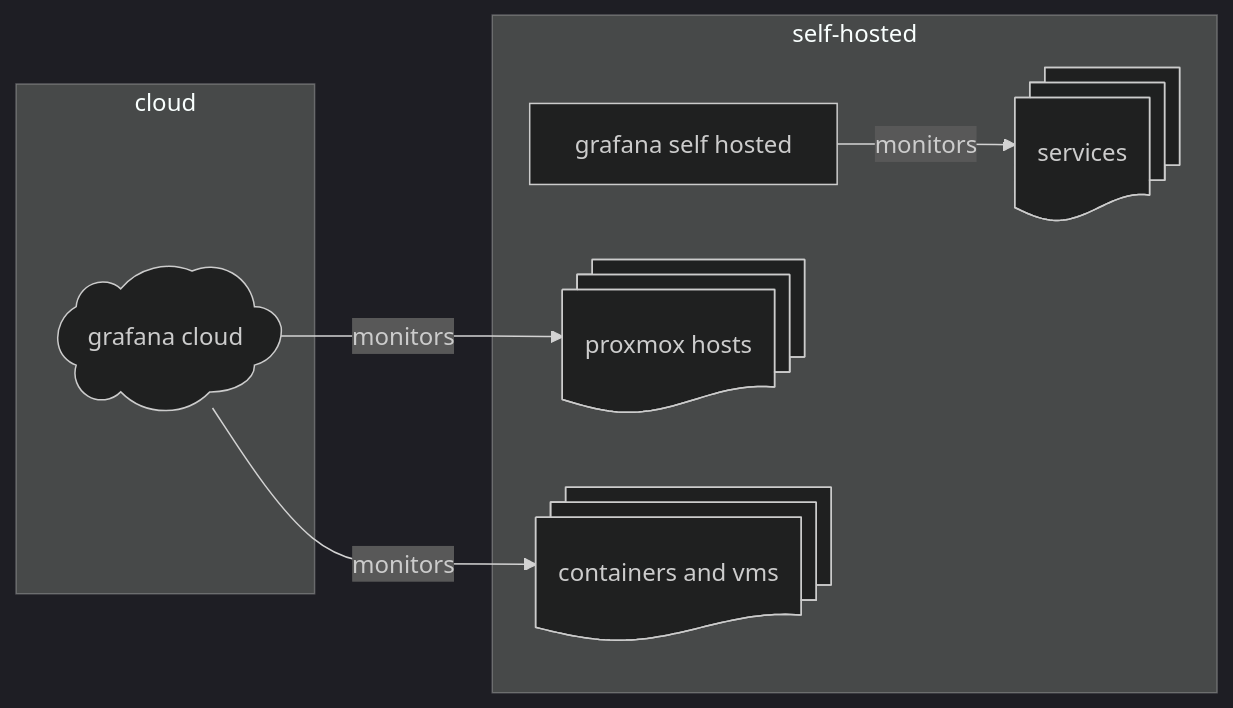
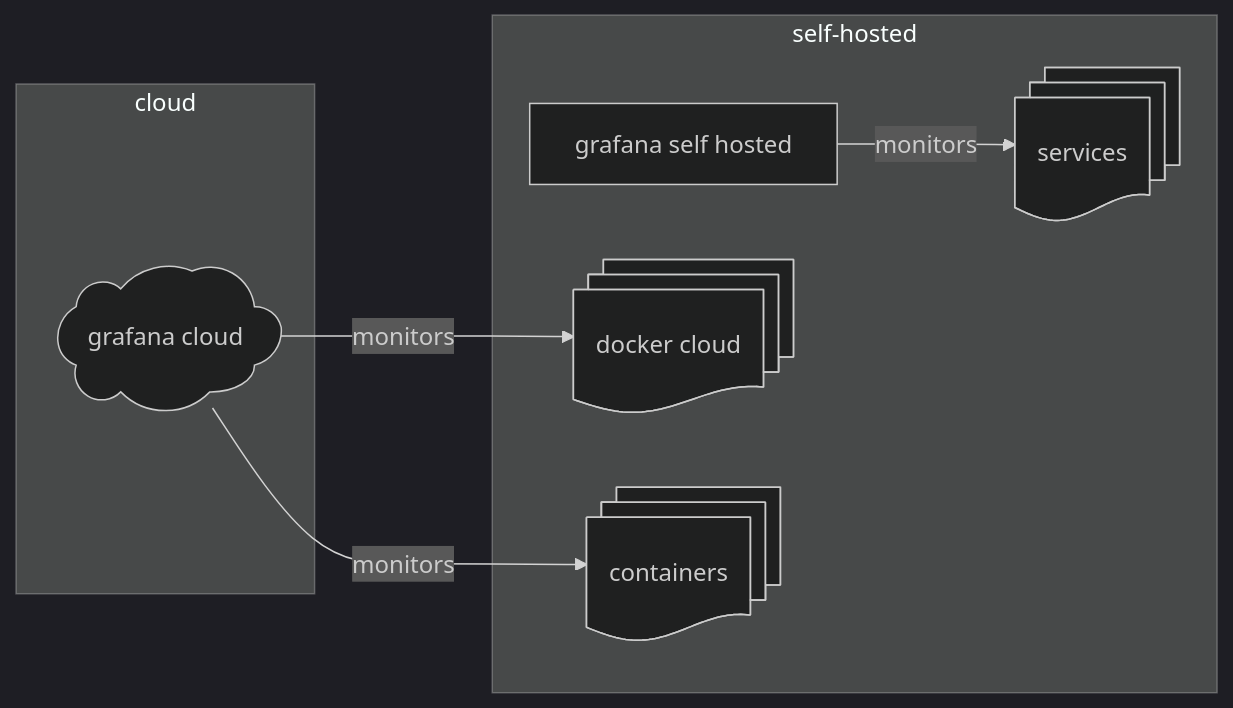
One commit to carnivuth/labcraft changed the third of 4 diagrams in readme.md. Above: the diagram before and after it, drawn with Mermaid (dark theme). The commit also changed other lines of this file, not shown here.

````diff
--- a/readme.md
+++ b/readme.md
@@ -80,16 +77,16 @@
 ```mermaid
 flowchart LR
 subgraph cloud
 A@{shape: cloud, label: grafana cloud}
 end
 subgraph self-hosted
 B@{shape: proc, label: grafana self hosted}
 C@{shape: docs, label: services}
-D@{shape: docs, label: proxmox hosts}
-E@{shape: docs, label: containers and vms}
+D@{shape: docs, label: docker cloud}
+E@{shape: docs, label: containers}
 end
 cloud ~~~ self-hosted
 
 A -- monitors --> D & E
 B -- monitors --> C
 ```
````
